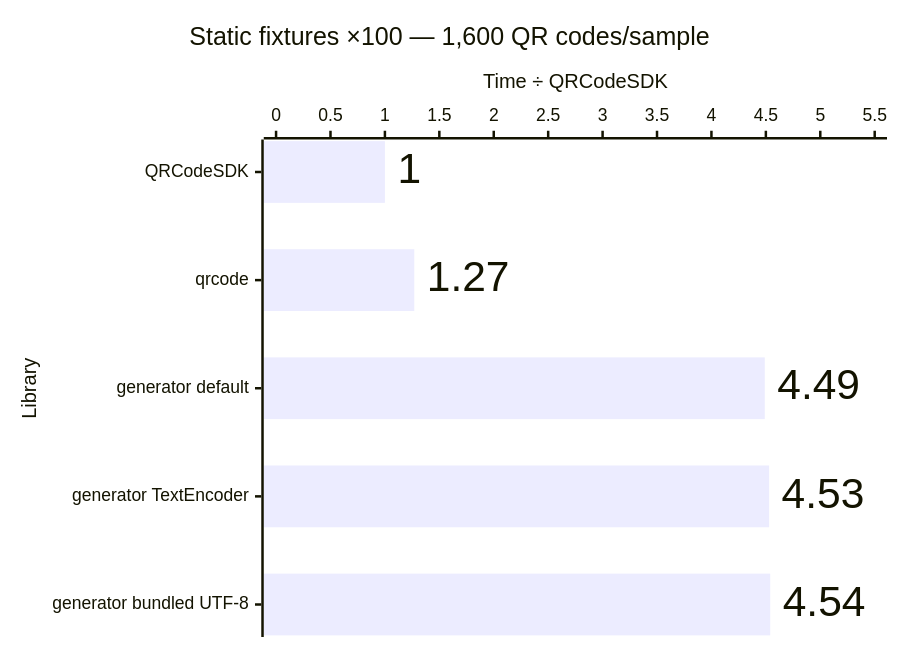
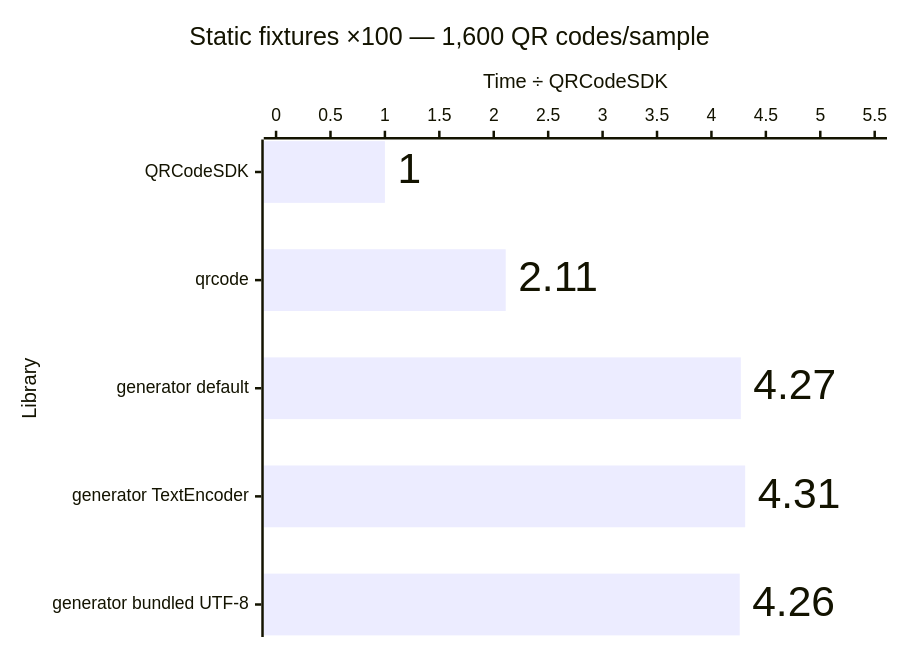
The fourth of 12 diagrams in apps/docs/src/content/docs/guides/performance.md (Dafnik/qrcodesdk), drawn with Mermaid before and after one commit. The commit also changed other lines of this file, not shown here.

````diff
--- a/apps/docs/src/content/docs/guides/performance.md
+++ b/apps/docs/src/content/docs/guides/performance.md
@@ -73,15 +73,15 @@
 ```mermaid
 ---
 config:
   xyChart:
     showDataLabel: true
     showDataLabelOutsideBar: true
 ---
 xychart horizontal
   accTitle: Matrix generation: Static fixtures ×100 — 1,600 QR codes/sample
-  accDescr: Relative median time compared with QRCodeSDK. QRCodeSDK 1.00 times, qrcode 1.27 times, generator default 4.49 times, generator TextEncoder 4.53 times, generator bundled UTF-8 4.54 times. Lower is better.
+  accDescr: Relative median time compared with QRCodeSDK. QRCodeSDK 1.00 times, qrcode 2.11 times, generator default 4.27 times, generator TextEncoder 4.31 times, generator bundled UTF-8 4.26 times. Lower is better.
   title "Static fixtures ×100 — 1,600 QR codes/sample"
   x-axis "Library" ["QRCodeSDK", "qrcode", "generator default", "generator TextEncoder", "generator bundled UTF-8"]
   y-axis "Time ÷ QRCodeSDK" 0 --> 5.5
-  bar [1.00, 1.27, 4.49, 4.53, 4.54]
+  bar [1.00, 2.11, 4.27, 4.31, 4.26]
 ```
````
